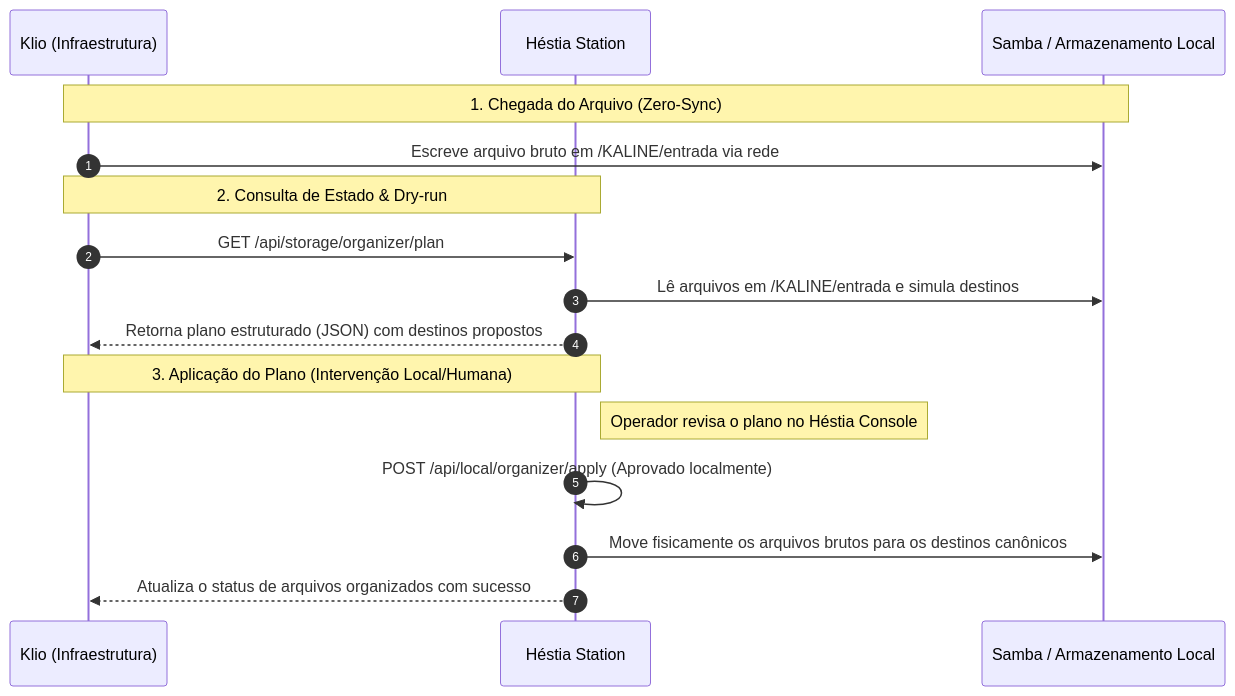
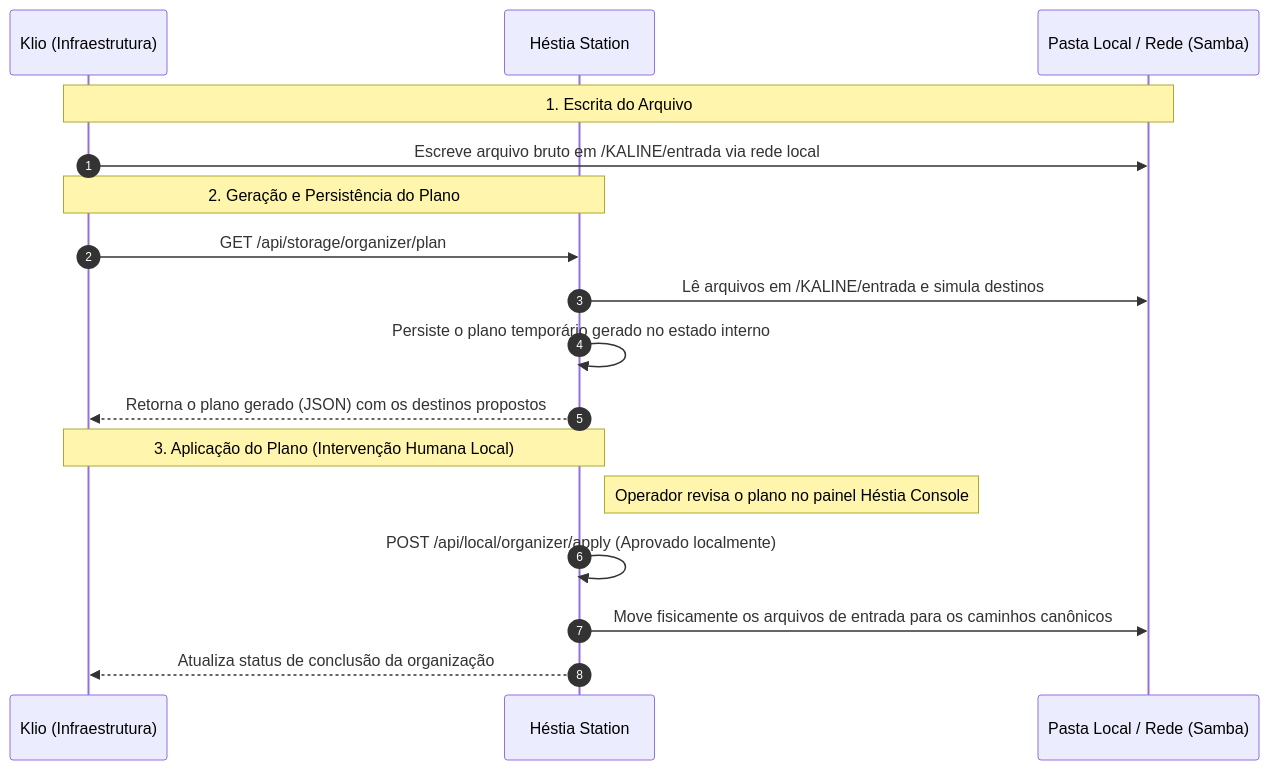
One commit to Tonyus-dev/hestia changed the diagram in docs/architecture/HESTIA_KLIO_CONTRACT.md. Above: the diagram before and after it, drawn with Mermaid. The commit also changed other lines of this file and 1 other file, not shown here.

````diff
--- a/docs/architecture/HESTIA_KLIO_CONTRACT.md
+++ b/docs/architecture/HESTIA_KLIO_CONTRACT.md
@@ -62,19 +80,20 @@
 ```mermaid
 sequenceDiagram
     autonumber
     participant K as Klio (Infraestrutura)
     participant H as Héstia Station
-    participant S as Samba / Armazenamento Local
+    participant S as Pasta Local / Rede (Samba)
 
-    Note over K,S: 1. Chegada do Arquivo (Zero-Sync)
-    K->>S: Escreve arquivo bruto em /KALINE/entrada via rede
-    Note over K,H: 2. Consulta de Estado & Dry-run
+    Note over K,S: 1. Escrita do Arquivo
+    K->>S: Escreve arquivo bruto em /KALINE/entrada via rede local
+    Note over K,H: 2. Geração e Persistência do Plano
     K->>H: GET /api/storage/organizer/plan
     H->>S: Lê arquivos em /KALINE/entrada e simula destinos
-    H-->>K: Retorna plano estruturado (JSON) com destinos propostos
-    Note over K,H: 3. Aplicação do Plano (Intervenção Local/Humana)
-    Note right of H: Operador revisa o plano no Héstia Console
+    H->>H: Persiste o plano temporário gerado no estado interno
+    H-->>K: Retorna o plano gerado (JSON) com os destinos propostos
+    Note over K,H: 3. Aplicação do Plano (Intervenção Humana Local)
+    Note right of H: Operador revisa o plano no painel Héstia Console
     H->>H: POST /api/local/organizer/apply (Aprovado localmente)
-    H->>S: Move fisicamente os arquivos brutos para os destinos canônicos
-    H-->>K: Atualiza o status de arquivos organizados com sucesso
+    H->>S: Move fisicamente os arquivos de entrada para os caminhos canônicos
+    H-->>K: Atualiza status de conclusão da organização
 ```
````
